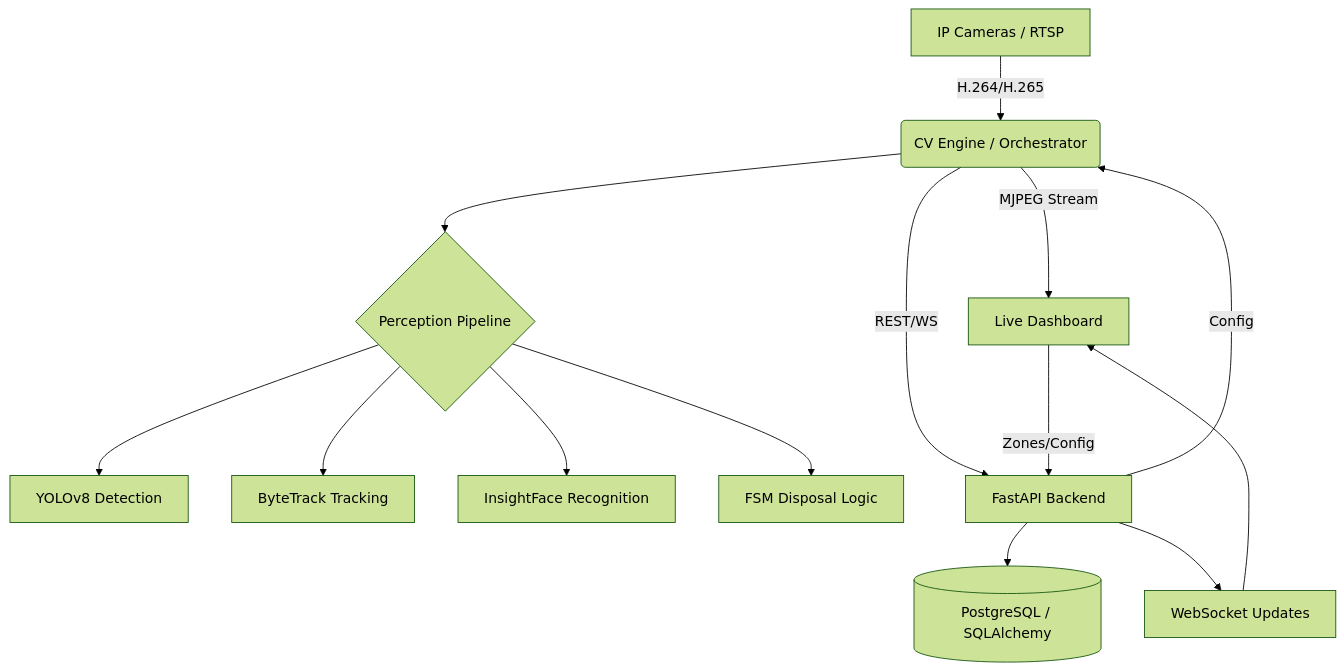
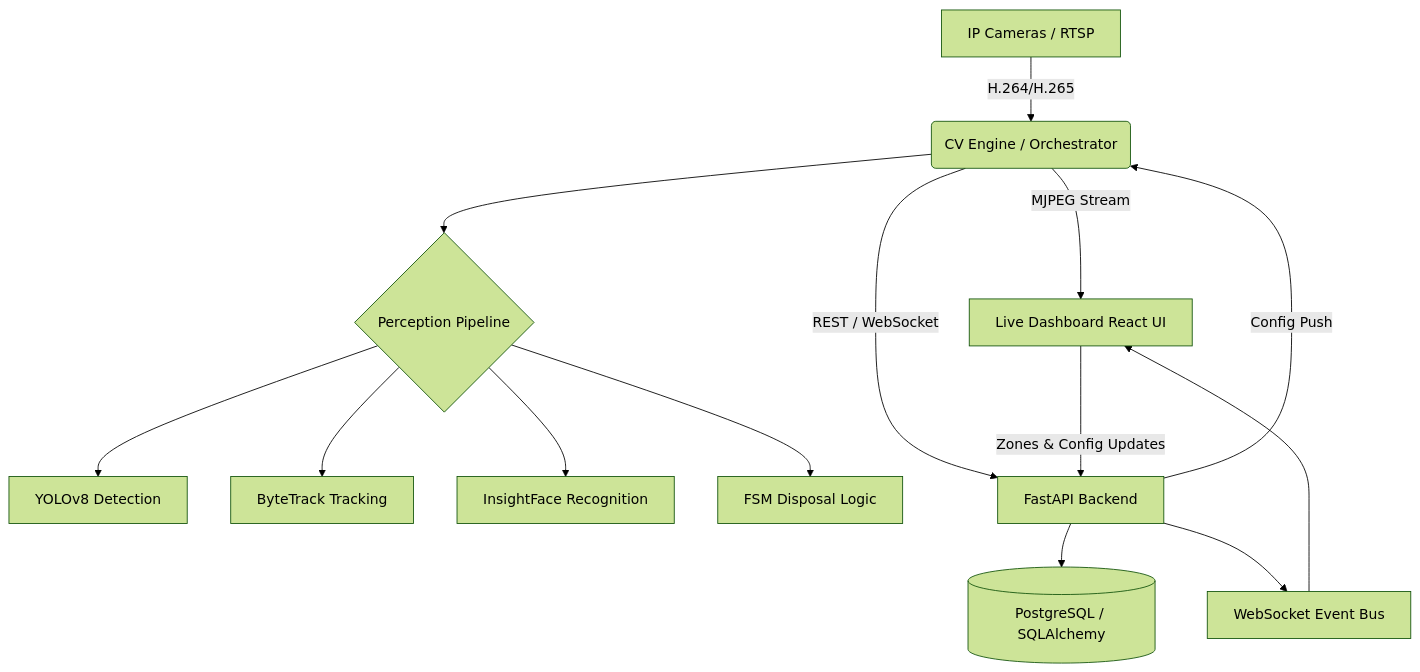
Before and after one commit to sarthaksingh02-sudo/W2W: the diagram in README.md, drawn with Mermaid (forest theme). The commit also changed other lines of this file, not shown here.

````diff
--- a/README.md
+++ b/README.md
@@ -25,19 +39,19 @@
 ```mermaid
 graph TD
     A[IP Cameras / RTSP] -->|H.264/H.265| B(CV Engine / Orchestrator)
     B --> C{Perception Pipeline}
     C --> D[YOLOv8 Detection]
     C --> E[ByteTrack Tracking]
     C --> F[InsightFace Recognition]
     C --> G[FSM Disposal Logic]
     
-    B -->|MJPEG Stream| H[Live Dashboard]
-    B -->|REST/WS| I[FastAPI Backend]
+    B -->|MJPEG Stream| H[Live Dashboard React UI]
+    B -->|REST / WebSocket| I[FastAPI Backend]
     
     I --> J[(PostgreSQL / SQLAlchemy)]
-    I --> K[WebSocket Updates]
+    I --> K[WebSocket Event Bus]
     
     K --> H
-    H -->|Zones/Config| I
-    I -->|Config| B
+    H -->|Zones & Config Updates| I
+    I -->|Config Push| B
 ```
````
